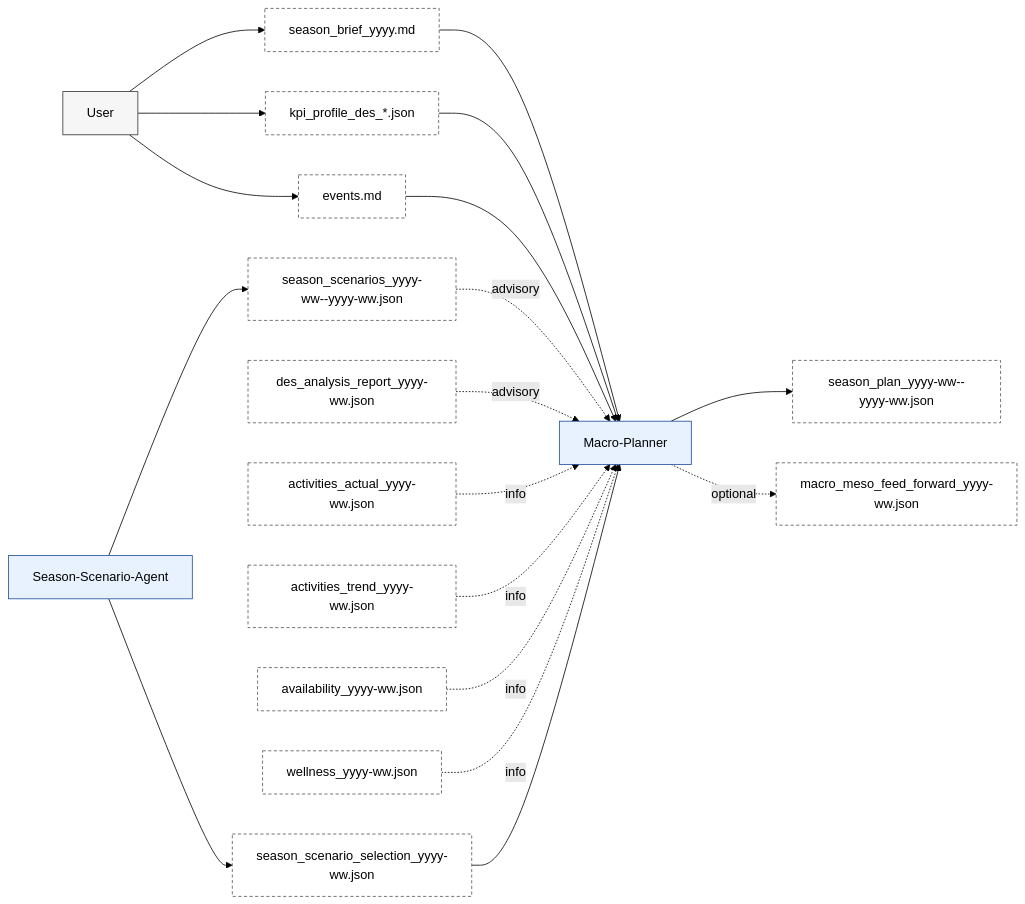
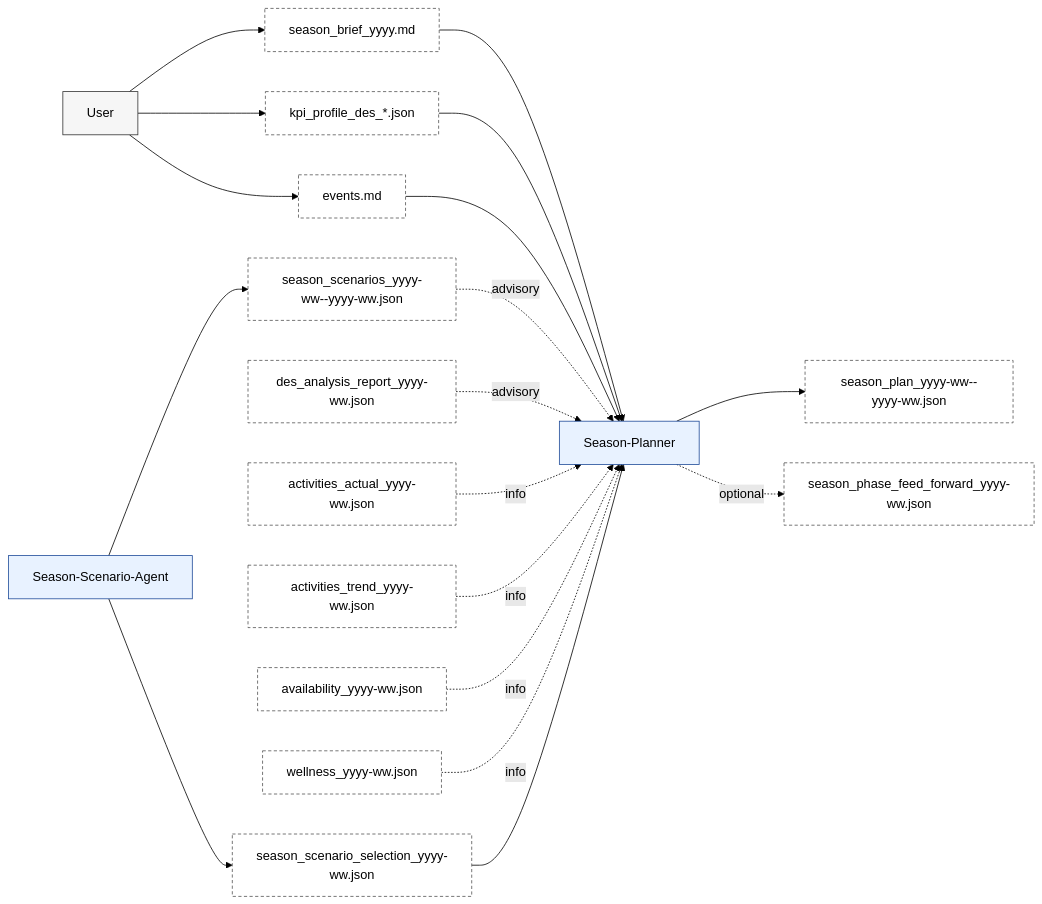
One commit to albauer-priv/RPS changed the third of 8 diagrams in doc/artefact_flow_overview_and_detail.md. Above: the diagram before and after it, drawn with Mermaid (forest theme). The commit also changed other lines of this file and 148 other files, not shown here.

Commit message:
Finalize season/phase/week renames

````diff
--- a/doc/artefact_flow_overview_and_detail.md
+++ b/doc/artefact_flow_overview_and_detail.md
@@ -168,23 +168,23 @@
 ```mermaid
 flowchart LR
-  U[User]:::actor --> SB[season_brief_yyyy.md]:::artefact --> MA[Macro-Planner]:::agent
+  U[User]:::actor --> SB[season_brief_yyyy.md]:::artefact --> MA[Season-Planner]:::agent
   U --> KP[kpi_profile_des_*.json]:::artefact --> MA
   U --> EV[events.md]:::artefact --> MA
   SC[season_scenarios_yyyy-ww--yyyy-ww.json]:::artefact -. advisory .-> MA
   DR[des_analysis_report_yyyy-ww.json]:::artefact -. advisory .-> MA
   AA[activities_actual_yyyy-ww.json]:::artefact -. info .-> MA
   AT[activities_trend_yyyy-ww.json]:::artefact -. info .-> MA
   AV[availability_yyyy-ww.json]:::artefact -. info .-> MA
   WL[wellness_yyyy-ww.json]:::artefact -. info .-> MA
 
   SS[Season-Scenario-Agent]:::agent --> SC
   SS --> SEL[season_scenario_selection_yyyy-ww.json]:::artefact --> MA
 
   MA --> MO[season_plan_yyyy-ww--yyyy-ww.json]:::artefact
-  MA -. optional .-> MMFF[macro_meso_feed_forward_yyyy-ww.json]:::artefact
+  MA -. optional .-> SPFF[season_phase_feed_forward_yyyy-ww.json]:::artefact
 
   classDef actor fill:#f6f6f6,stroke:#333,stroke-width:1px;
   classDef agent fill:#e8f2ff,stroke:#1f4b99,stroke-width:1px;
   classDef artefact fill:#ffffff,stroke:#555,stroke-dasharray: 4 3,stroke-width:1px;
   classDef component fill:#eef8ee,stroke:#2f6b2f,stroke-width:1px;
 ```
````
